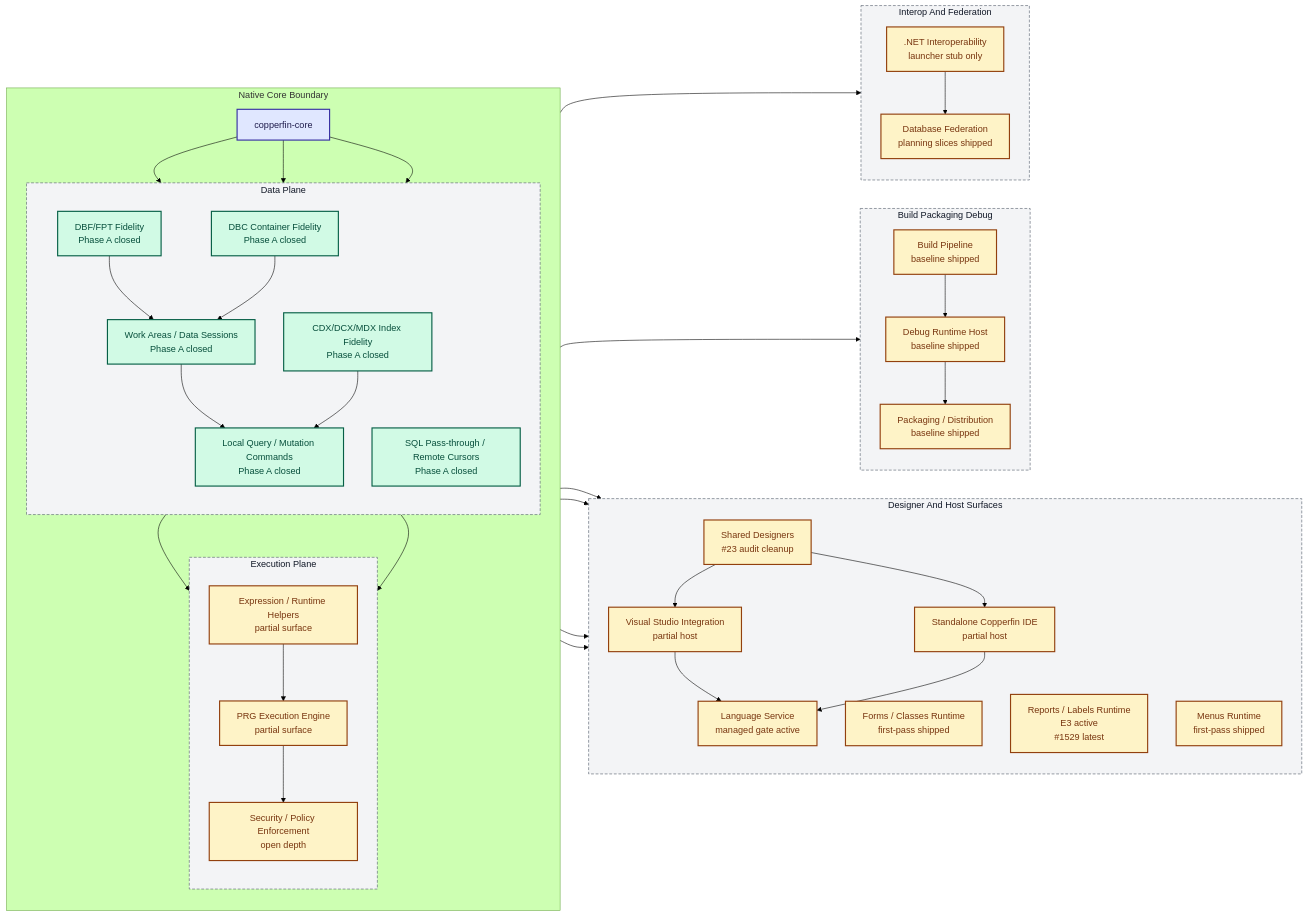
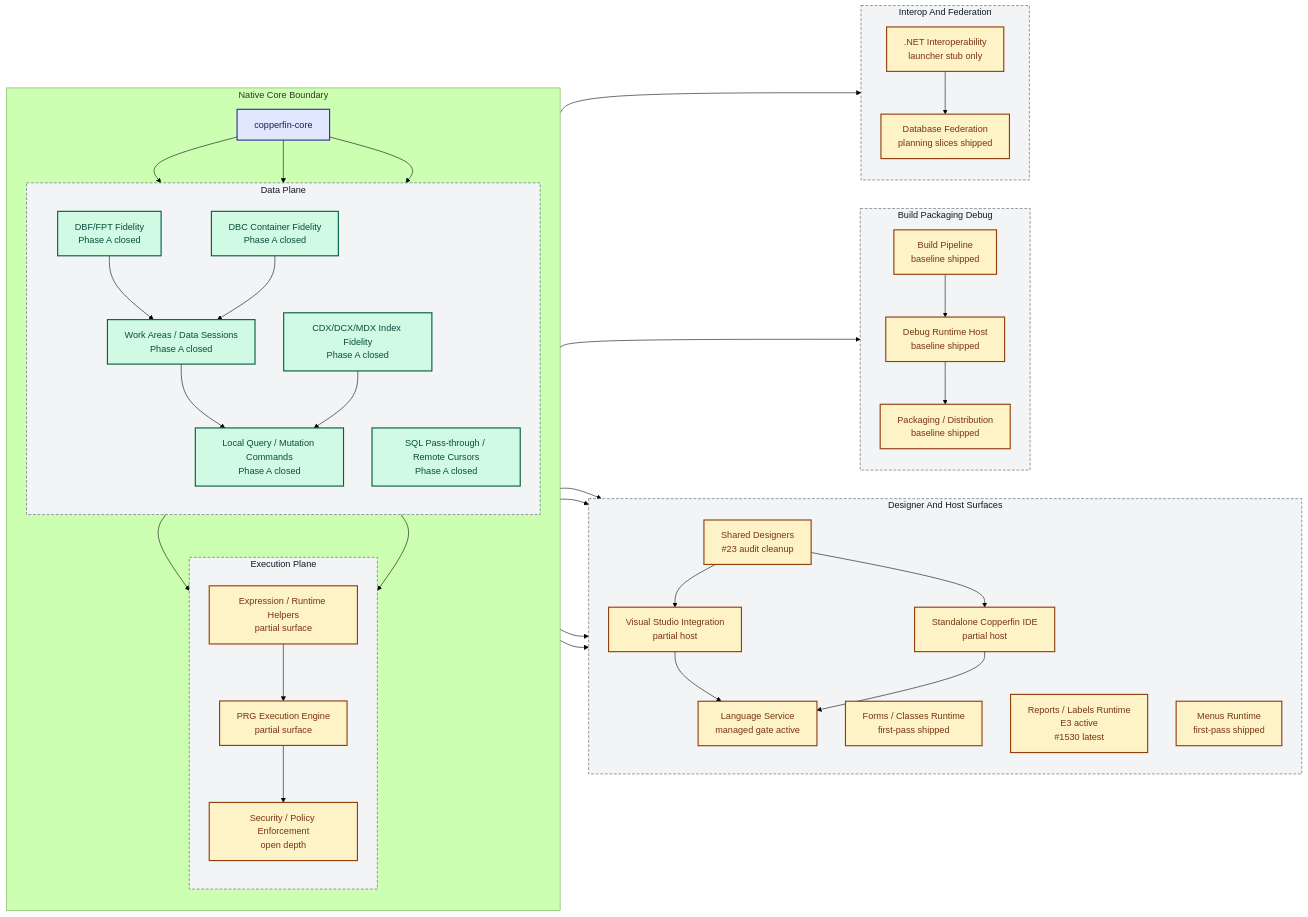
One commit to rhamenator/Project-Copperfin changed the diagram in docs/02-architecture.md. Above: the diagram before and after it, drawn with Mermaid (forest theme). The commit also changed 7 other files, not shown here.

```diff
--- a/docs/02-architecture.md
+++ b/docs/02-architecture.md
@@ -36,7 +36,7 @@
         direction TB
         DES["Shared Designers<br/>#23 audit cleanup"]
         FORMS["Forms / Classes Runtime<br/>first-pass shipped"]
-        RPT["Reports / Labels Runtime<br/>E3 active<br/>#1529 latest"]
+        RPT["Reports / Labels Runtime<br/>E3 active<br/>#1530 latest"]
         MENU["Menus Runtime<br/>first-pass shipped"]
         VS["Visual Studio Integration<br/>partial host"]
         IDE["Standalone Copperfin IDE<br/>partial host"]
```
